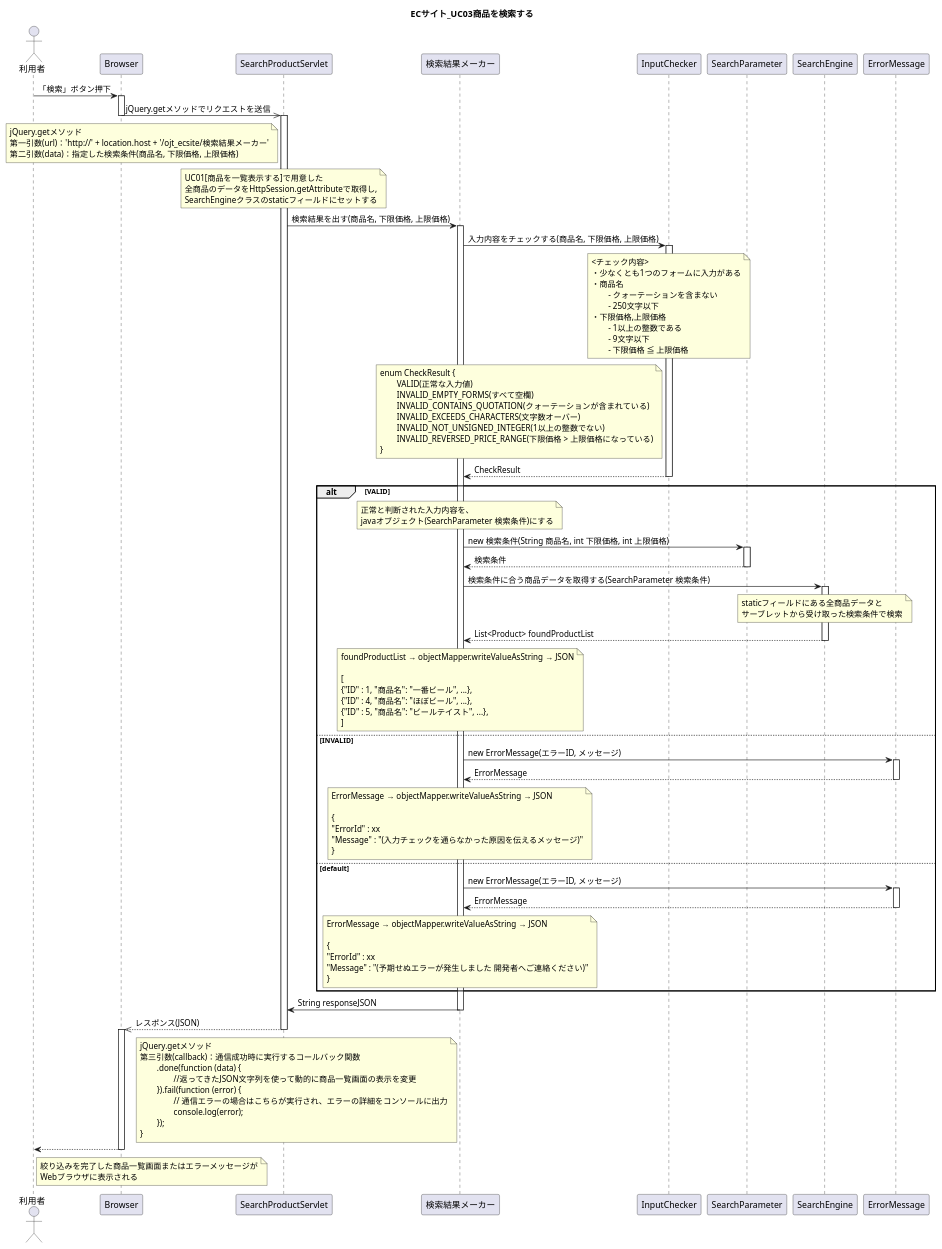
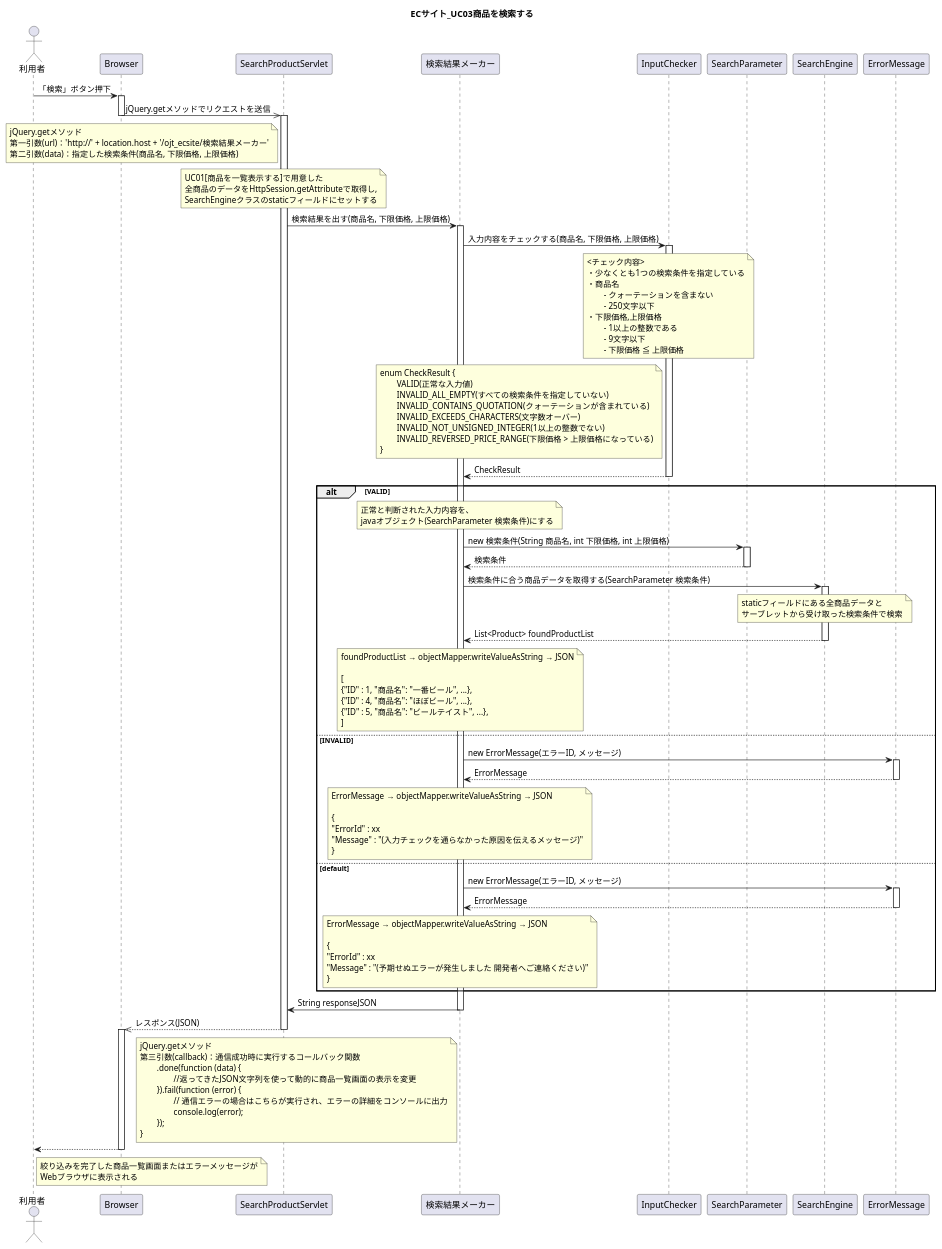
The diagram in UML/Sequence03.puml (wnakayama/ojt_ecsite), drawn with PlantUML before and after one commit. The commit also changed 3 other files, not shown here.

```diff
--- a/UML/Sequence03.puml
+++ b/UML/Sequence03.puml
@@ -1,152 +1,152 @@
 @startuml
 title ECサイト_UC03商品を検索する
 
 actor 利用者
 
 利用者 -> Browser : 「検索」ボタン押下
 activate Browser
 
 Browser ->> SearchProductServlet : jQuery.getメソッドでリクエストを送信
 deactivate Browser
 activate SearchProductServlet
 
 	note left of SearchProductServlet
 	jQuery.getメソッド
 	第一引数(url)：'http://' + location.host + '/ojt_ecsite/検索結果メーカー'
 	第二引数(data)：指定した検索条件(商品名, 下限価格, 上限価格)
 	end note
 
 	note over SearchProductServlet
 	UC01[商品を一覧表示する]で用意した
 	全商品のデータをHttpSession.getAttributeで取得し,
 	SearchEngineクラスのstaticフィールドにセットする
 	end note
 	
 SearchProductServlet -> 検索結果メーカー : 検索結果を出す(商品名, 下限価格, 上限価格)
 activate 検索結果メーカー
 
 検索結果メーカー -> InputChecker : 入力内容をチェックする(商品名, 下限価格, 上限価格)
 activate InputChecker
 
 	note over InputChecker
 	<チェック内容>
-	・少なくとも1つのフォームに入力がある
+	・少なくとも1つの検索条件を指定している
 	・商品名
 		- クォーテーションを含まない
 		- 250文字以下
 	・下限価格,上限価格
 		- 1以上の整数である
 		- 9文字以下
 		- 下限価格 ≦ 上限価格
 	end note
 
 	note left of InputChecker 
 	enum CheckResult {
 		VALID(正常な入力値)
-		INVALID_EMPTY_FORMS(すべて空欄)
+		INVALID_ALL_EMPTY(すべての検索条件を指定していない)
 		INVALID_CONTAINS_QUOTATION(クォーテーションが含まれている)
 		INVALID_EXCEEDS_CHARACTERS(文字数オーバー)
 		INVALID_NOT_UNSIGNED_INTEGER(1以上の整数でない)
 		INVALID_REVERSED_PRICE_RANGE(下限価格 > 上限価格になっている)
 	}
 	end note
 
 検索結果メーカー <-- InputChecker : CheckResult
 deactivate InputChecker
 
 
 alt VALID
 	
 	note over 検索結果メーカー
 	正常と判断された入力内容を、
 	javaオブジェクト(SearchParameter 検索条件)にする
 	end note
 
 検索結果メーカー -> SearchParameter : new 検索条件(String 商品名, int 下限価格, int 上限価格)
 activate SearchParameter
 検索結果メーカー <-- SearchParameter : 検索条件
 deactivate SearchParameter
 
 検索結果メーカー -> SearchEngine : 検索条件に合う商品データを取得する(SearchParameter 検索条件)
 activate SearchEngine
 
 	note over SearchEngine
 	staticフィールドにある全商品データと
 	サーブレットから受け取った検索条件で検索
 	end note
 
 検索結果メーカー <-- SearchEngine : List<Product> foundProductList
 deactivate SearchEngine
 
 	note over 検索結果メーカー
 	foundProductList → objectMapper.writeValueAsString → JSON
 
 	[
 	{"ID" : 1, "商品名": "一番ビール", ...},
 	{"ID" : 4, "商品名": "ほぼビール", ...},
 	{"ID" : 5, "商品名": "ビールテイスト", ...},
 	]
 	end note
 
 else INVALID
 
 検索結果メーカー -> ErrorMessage : new ErrorMessage(エラーID, メッセージ)
 activate ErrorMessage
 検索結果メーカー <-- ErrorMessage : ErrorMessage
 deactivate ErrorMessage
 
 	note over 検索結果メーカー
 	ErrorMessage → objectMapper.writeValueAsString → JSON
 
 	{
 	"ErrorId" : xx
 	"Message" : "(入力チェックを通らなかった原因を伝えるメッセージ)"
 	}
 	end note
 
 else default
 
 検索結果メーカー -> ErrorMessage : new ErrorMessage(エラーID, メッセージ)
 activate ErrorMessage
 検索結果メーカー <-- ErrorMessage : ErrorMessage
 deactivate ErrorMessage
 
 	note over 検索結果メーカー
 	ErrorMessage → objectMapper.writeValueAsString → JSON
 
 	{
 	"ErrorId" : xx
 	"Message" : "(予期せぬエラーが発生しました 開発者へご連絡ください)"
 	}
 	end note
 
 end
 
 SearchProductServlet <- 検索結果メーカー : String responseJSON
 deactivate 検索結果メーカー
 Browser <<-- SearchProductServlet : レスポンス(JSON)
 deactivate SearchProductServlet
 activate Browser
 
 	note left of 検索結果メーカー
 	jQuery.getメソッド
 	第三引数(callback)：通信成功時に実行するコールバック関数
 		.done(function (data) {
 			//返ってきたJSON文字列を使って動的に商品一覧画面の表示を変更
 		}).fail(function (error) {
 			// 通信エラーの場合はこちらが実行され、エラーの詳細をコンソールに出力
 			console.log(error);
 		});
 	}
 	end note
 
 
 利用者 <-- Browser
 	note right of 利用者
 	絞り込みを完了した商品一覧画面またはエラーメッセージが
 	Webブラウザに表示される
 	end note
 
 deactivate Browser
 
 @enduml
```
